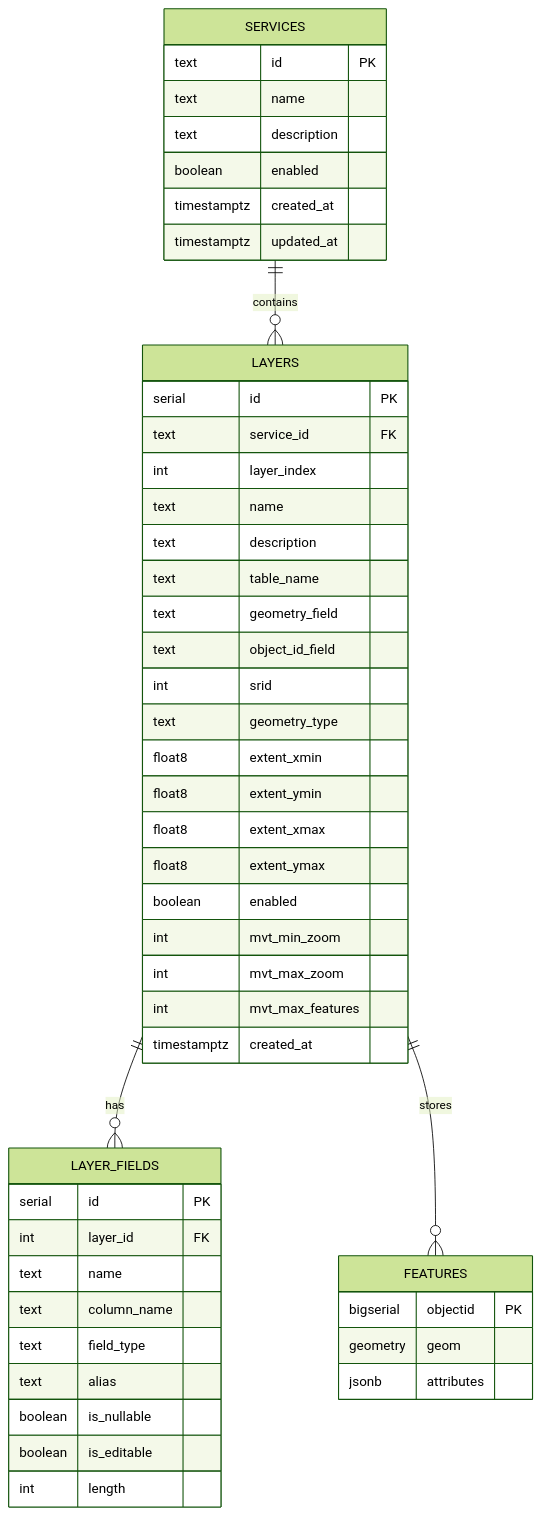
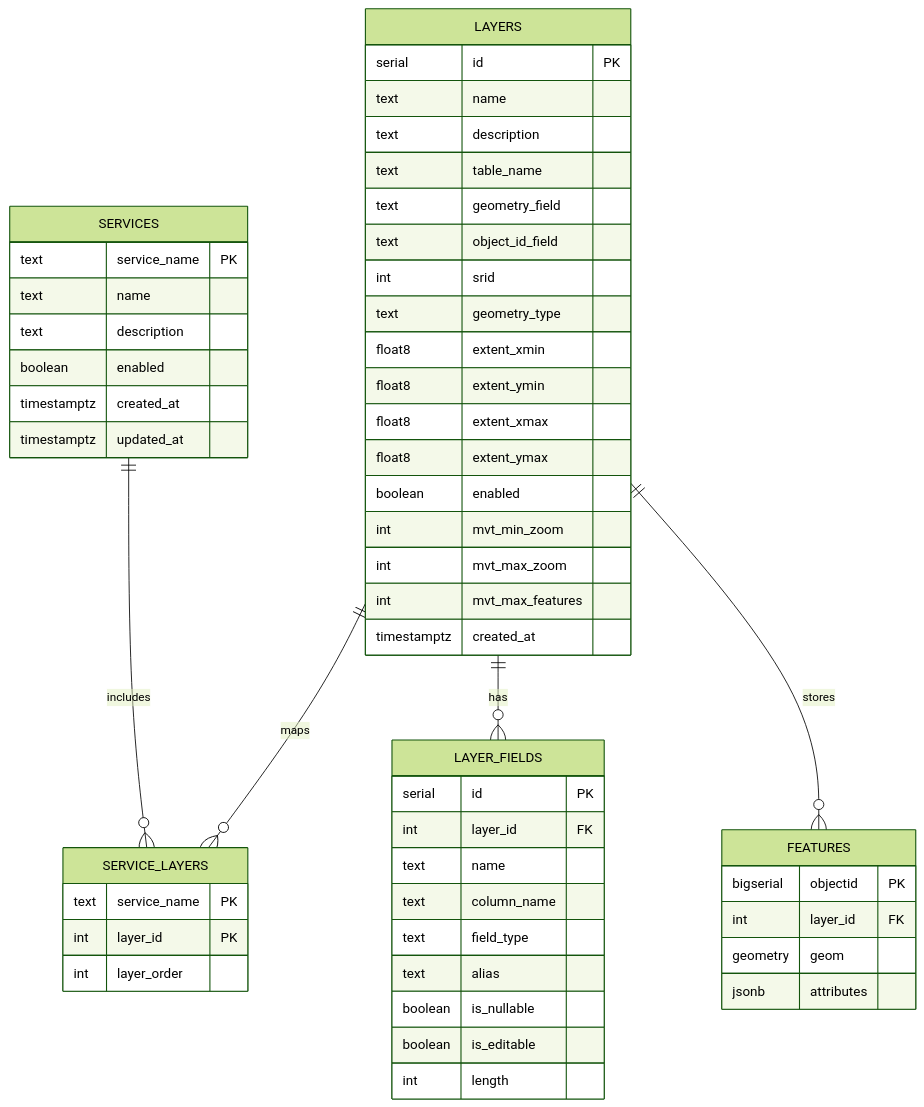
The ninth of 12 diagrams in docs/concepts/architecture-diagrams.md (honua-io/honua-server), drawn with Mermaid (forest theme) before and after one commit.

Commit message:
docs: align architecture ERD with service-layers schema

````diff
--- a/docs/concepts/architecture-diagrams.md
+++ b/docs/concepts/architecture-diagrams.md
@@ -384,55 +384,61 @@
 ```mermaid
 erDiagram
-    SERVICES ||--o{ LAYERS : contains
+    SERVICES ||--o{ SERVICE_LAYERS : includes
+    LAYERS ||--o{ SERVICE_LAYERS : maps
     LAYERS ||--o{ LAYER_FIELDS : has
     LAYERS ||--o{ FEATURES : stores
 
     SERVICES {
-        text id PK
+        text service_name PK
         text name
         text description
         boolean enabled
         timestamptz created_at
         timestamptz updated_at
     }
 
     LAYERS {
         serial id PK
-        text service_id FK
-        int layer_index
         text name
         text description
         text table_name
         text geometry_field
         text object_id_field
         int srid
         text geometry_type
         float8 extent_xmin
         float8 extent_ymin
         float8 extent_xmax
         float8 extent_ymax
         boolean enabled
         int mvt_min_zoom
         int mvt_max_zoom
         int mvt_max_features
         timestamptz created_at
     }
 
+    SERVICE_LAYERS {
+        text service_name PK
+        int layer_id PK
+        int layer_order
+    }
+
     LAYER_FIELDS {
         serial id PK
         int layer_id FK
         text name
         text column_name
         text field_type
         text alias
         boolean is_nullable
         boolean is_editable
         int length
     }
 
     FEATURES {
         bigserial objectid PK
+        int layer_id FK
         geometry geom
         jsonb attributes
     }
 ```
````
